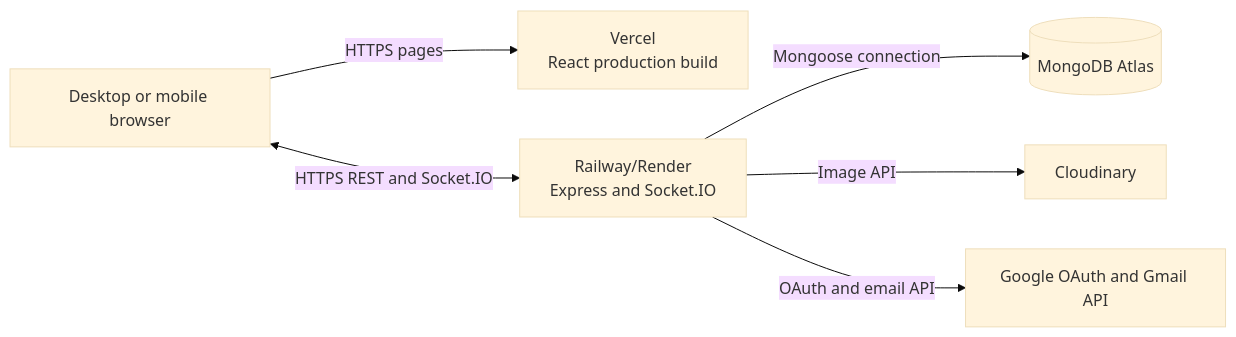
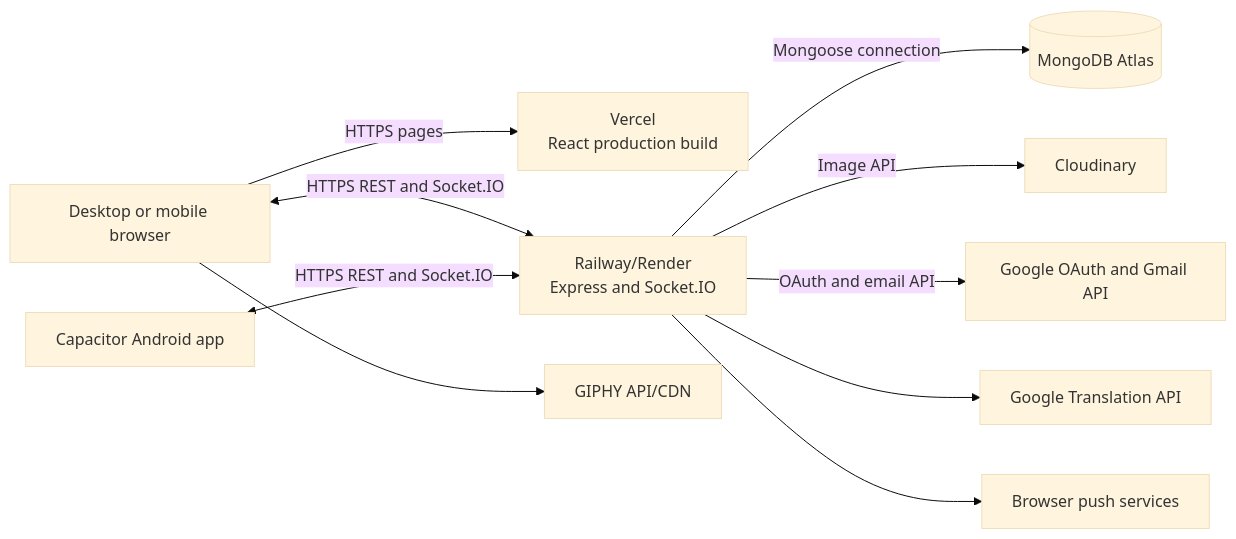
One commit to Saurav11343/click-chat changed the ninth of 26 diagrams in docs/10-diagram-catalog.md. Above: the diagram before and after it, drawn with Mermaid (base theme). The commit also changed other lines of this file and 11 other files, not shown here.

Commit message:
update diagrams

````diff
--- a/docs/10-diagram-catalog.md
+++ b/docs/10-diagram-catalog.md
@@ -255,15 +304,23 @@
 ```mermaid
 flowchart LR
     Browser["Desktop or mobile browser"]
     Vercel["Vercel\nReact production build"]
     Backend["Railway/Render\nExpress and Socket.IO"]
     Atlas[("MongoDB Atlas")]
     Cloudinary["Cloudinary"]
     Google["Google OAuth and Gmail API"]
+    Translation["Google Translation API"]
+    Push["Browser push services"]
+    Giphy["GIPHY API/CDN"]
+    Android["Capacitor Android app"]
 
     Browser -->|"HTTPS pages"| Vercel
     Browser <-->|"HTTPS REST and Socket.IO"| Backend
     Backend -->|"Mongoose connection"| Atlas
     Backend -->|"Image API"| Cloudinary
     Backend -->|"OAuth and email API"| Google
+    Backend --> Translation
+    Backend --> Push
+    Browser --> Giphy
+    Android <-->|"HTTPS REST and Socket.IO"| Backend
 ```
````
